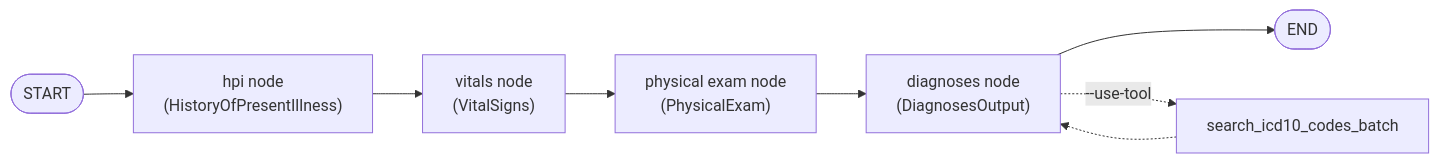
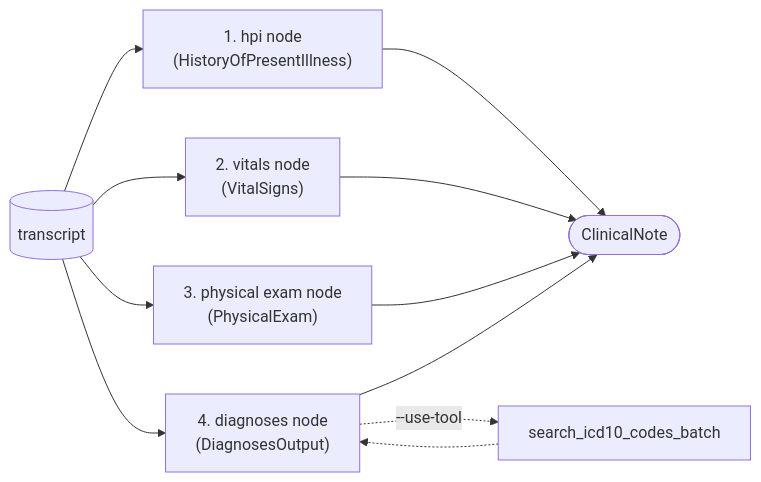
The first of 3 diagrams in README.md (nroldanf/agentic-evaluation-workshop), drawn with Mermaid before and after one commit. The commit also changed other lines of this file and 19 other files, not shown here.

````diff
--- a/README.md
+++ b/README.md
@@ -27,10 +65,14 @@
 ```mermaid
 flowchart LR
-    S([START]) --> H["hpi node<br/>(HistoryOfPresentIllness)"]
-    H --> V["vitals node<br/>(VitalSigns)"]
-    V --> P["physical exam node<br/>(PhysicalExam)"]
-    P --> D["diagnoses node<br/>(DiagnosesOutput)"]
-    D --> E([END])
+    Tr[("transcript")]
+    Tr --> H["1. hpi node<br/>(HistoryOfPresentIllness)"]
+    Tr --> V["2. vitals node<br/>(VitalSigns)"]
+    Tr --> P["3. physical exam node<br/>(PhysicalExam)"]
+    Tr --> D["4. diagnoses node<br/>(DiagnosesOutput)"]
+    H --> CN(["ClinicalNote"])
+    V --> CN
+    P --> CN
+    D --> CN
     D -.->|"--use-tool"| T["search_icd10_codes_batch"]
     T -.-> D
 ```
````
